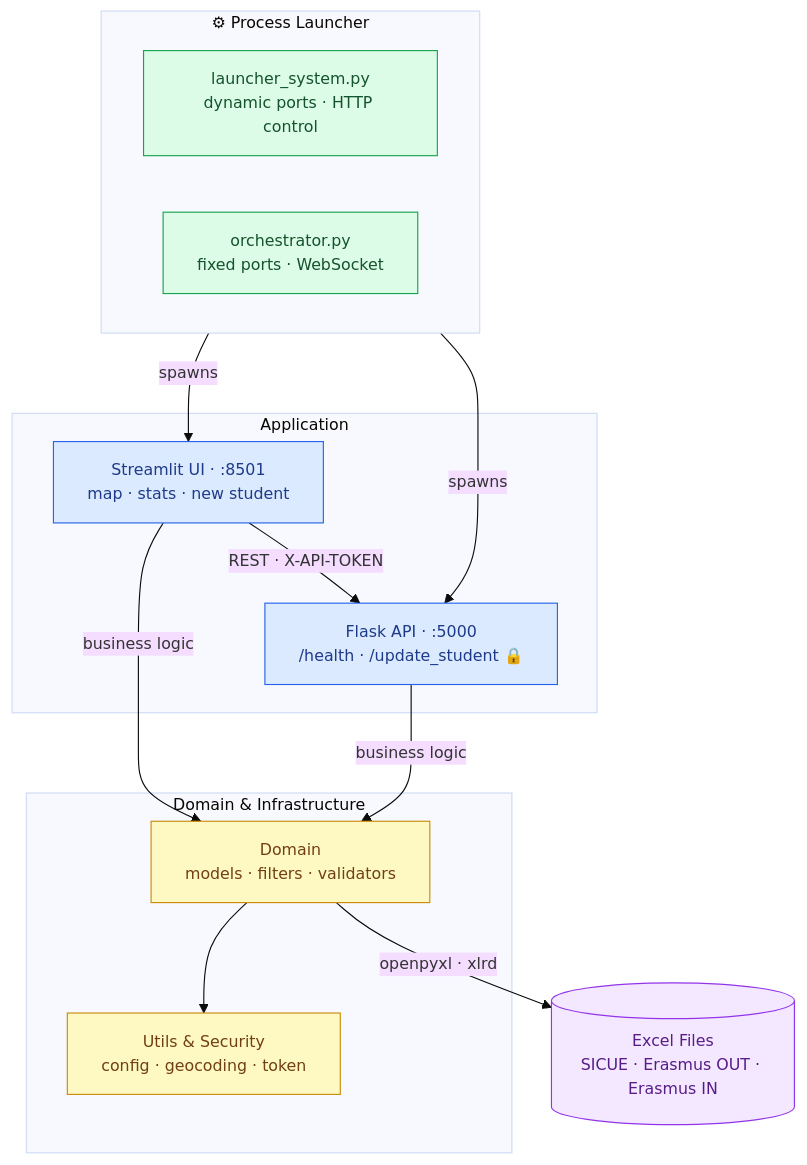
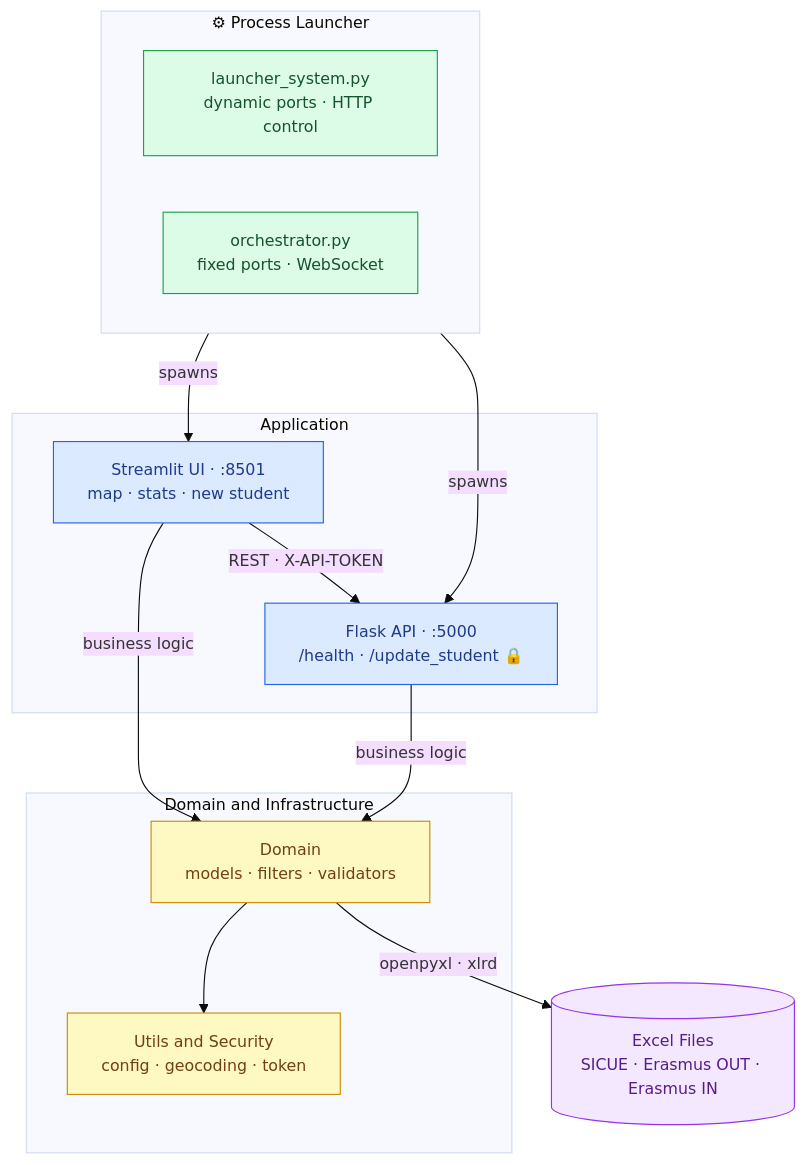
One commit to MariaPicazoSanchez/TFG-MariaPicazoSanchez changed the diagram in README.md. Above: the diagram before and after it, drawn with Mermaid.

Commit message:
Fix HTML encoding in README.md diagram

````diff
--- a/README.md
+++ b/README.md
@@ -52,32 +52,33 @@
 ```mermaid
 %%{init: {"theme": "base", "themeVariables": {"fontSize": "14px"}}}%%
 flowchart TD
     classDef launcher fill:#dcfce7,stroke:#16a34a,color:#14532d
     classDef app      fill:#dbeafe,stroke:#2563eb,color:#1e3a8a
     classDef domain   fill:#fef9c3,stroke:#ca8a04,color:#713f12
     classDef store    fill:#f3e8ff,stroke:#9333ea,color:#581c87
 
     subgraph PROC ["⚙ Process Launcher"]
-        SYS["launcher_system.py\ndynamic ports · HTTP control"]:::launcher
-        ORC["orchestrator.py\nfixed ports · WebSocket"]:::launcher
+        SYS["launcher_system.py<br/>dynamic ports · HTTP control"]:::launcher
+        ORC["orchestrator.py<br/>fixed ports · WebSocket"]:::launcher
     end
 
     subgraph APP ["Application"]
-        UI["Streamlit UI · :8501\nmap · stats · new student"]:::app
-        API["Flask API · :5000\n/health · /update_student 🔒"]:::app
+        UI["Streamlit UI · :8501<br/>map · stats · new student"]:::app
+        API["Flask API · :5000<br/>/health · /update_student 🔒"]:::app
     end
 
-    subgraph CORE ["Domain & Infrastructure"]
-        DOM["Domain\nmodels · filters · validators"]:::domain
-        INF["Utils & Security\nconfig · geocoding · token"]:::domain
+    subgraph CORE ["Domain and Infrastructure"]
+        DOM["Domain<br/>models · filters · validators"]:::domain
+        INF["Utils and Security<br/>config · geocoding · token"]:::domain
     end
 
-    XL[("Excel Files\nSICUE · Erasmus OUT · Erasmus IN")]:::store
+    XL[("Excel Files<br/>SICUE · Erasmus OUT · Erasmus IN")]:::store
 
     PROC -->|spawns| UI
     PROC -->|spawns| API
     UI -->|"REST · X-API-TOKEN"| API
-    UI & API -->|business logic| DOM
+    UI -->|business logic| DOM
+    API -->|business logic| DOM
     DOM --> INF
     DOM -->|"openpyxl · xlrd"| XL
 ```
````
